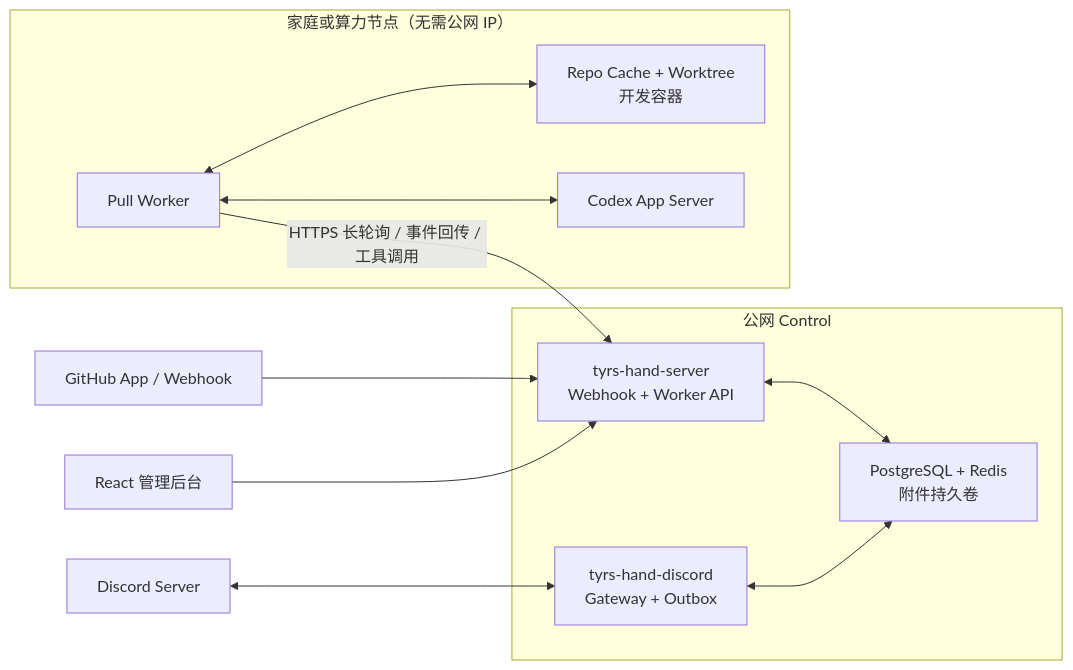
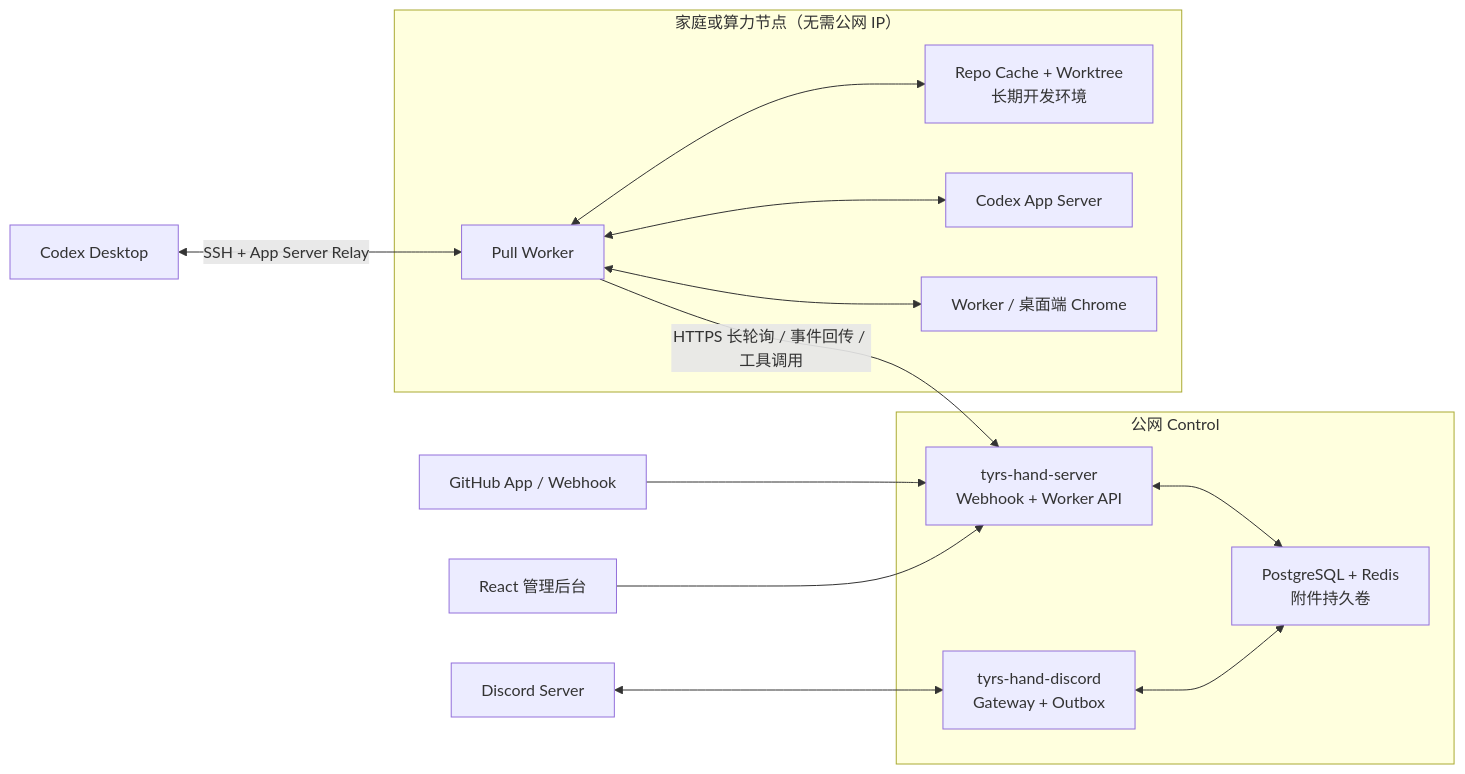
Before and after one commit to slovx2/tyrs-hand: the diagram in README.md, drawn with Mermaid. The commit also changed other lines of this file and 1 other file, not shown here.

````diff
--- a/README.md
+++ b/README.md
@@ -38,21 +48,24 @@
 ```mermaid
 flowchart LR
     subgraph Public["公网 Control"]
         Server["tyrs-hand-server\nWebhook + Worker API"]
         Gateway["tyrs-hand-discord\nGateway + Outbox"]
         State["PostgreSQL + Redis\n附件持久卷"]
         Server <--> State
         Gateway <--> State
     end
     GitHub["GitHub App / Webhook"] --> Server
     Admin["React 管理后台"] --> Server
     Discord["Discord Server"] <--> Gateway
     subgraph Home["家庭或算力节点（无需公网 IP）"]
         Worker["Pull Worker"]
-        Workspace["Repo Cache + Worktree\n开发容器"]
+        Workspace["Repo Cache + Worktree\n长期开发环境"]
         Codex["Codex App Server"]
+        Browser["Worker / 桌面端 Chrome"]
         Worker <--> Workspace
         Worker <--> Codex
+        Worker <--> Browser
     end
+    Desktop["Codex Desktop"] <-->|"SSH + App Server Relay"| Worker
     Worker -->|"HTTPS 长轮询 / 事件回传 / 工具调用"| Server
 ```
````
